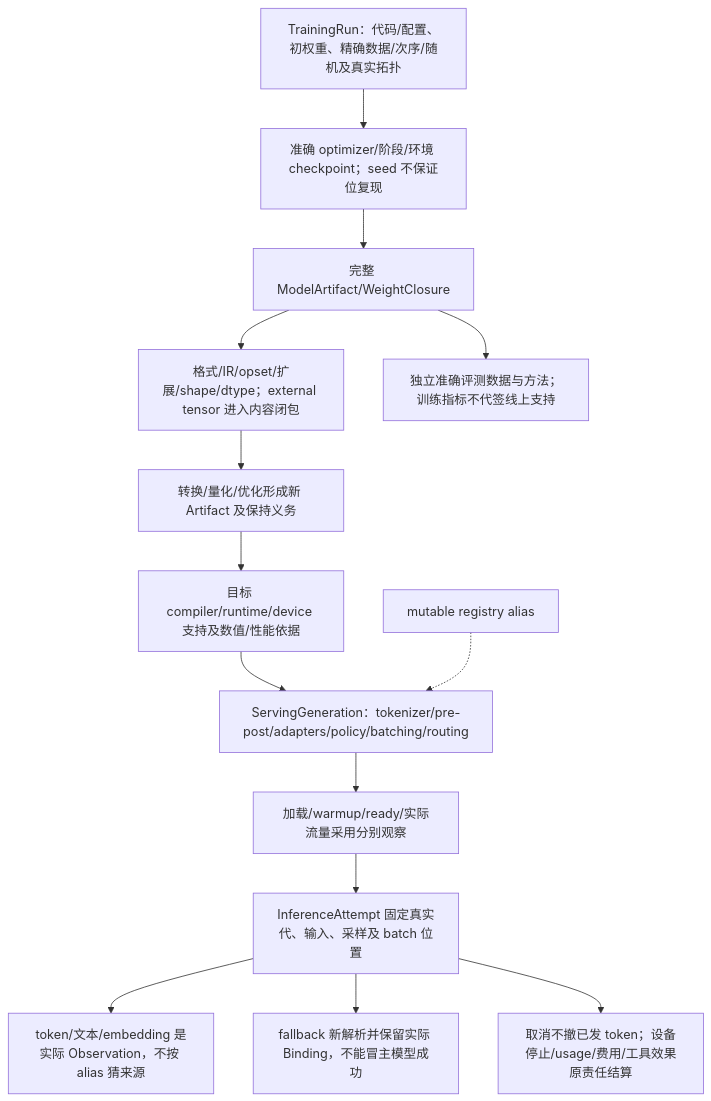
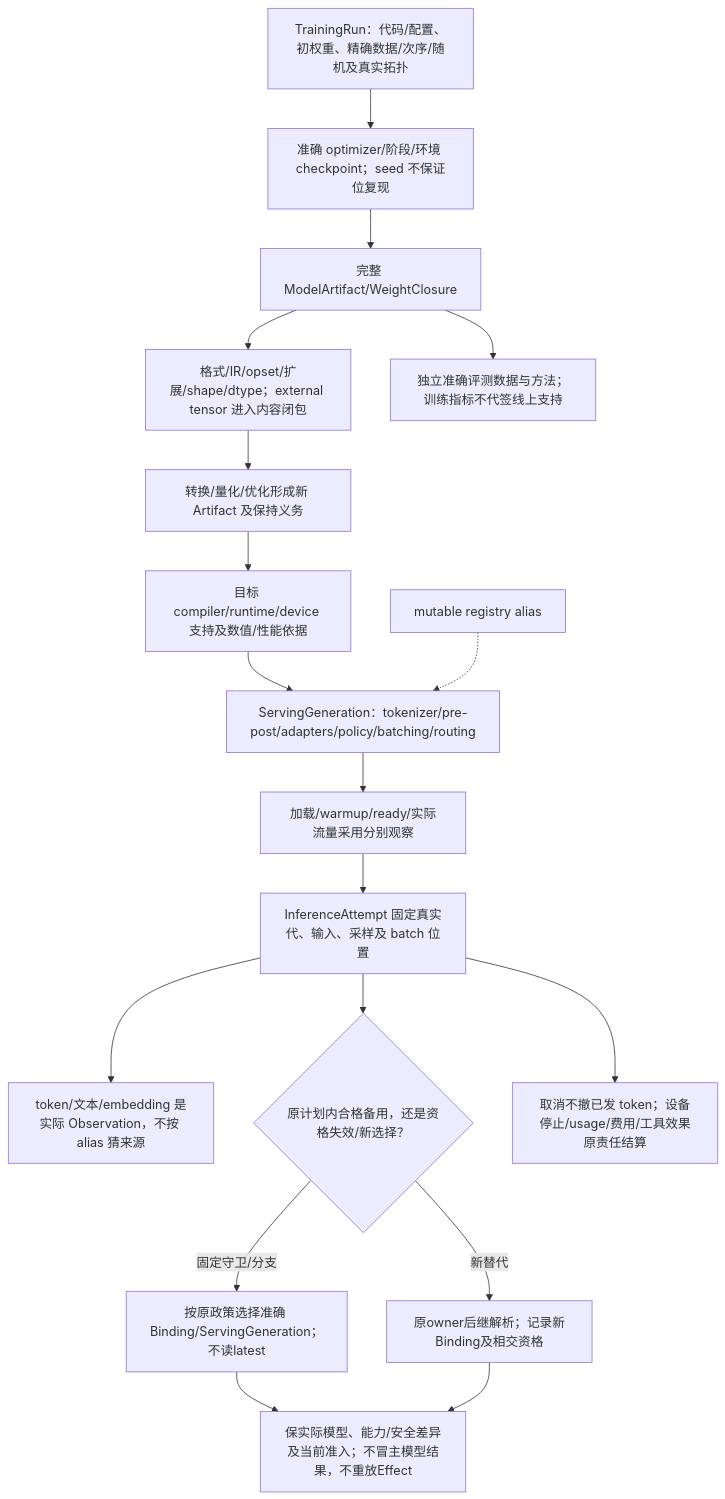
One commit to sec-platform/sec changed diagram 21 of 32 in docs/运行/宿主生态与技术约束.md. Above: the diagram before and after it, drawn with Mermaid. The commit also changed other lines of this file and 8 other files, not shown here.

````diff
--- a/docs/运行/宿主生态与技术约束.md
+++ b/docs/运行/宿主生态与技术约束.md
@@ -2181,16 +2184,20 @@
 ```mermaid
 flowchart TB
   train["TrainingRun：代码/配置、初权重、精确数据/次序/随机及真实拓扑"] --> checkpoint["准确 optimizer/阶段/环境 checkpoint；seed 不保证位复现"]
   checkpoint --> weight["完整 ModelArtifact/WeightClosure"]
   weight --> representation["格式/IR/opset/扩展/shape/dtype；external tensor 进入内容闭包"]
   representation --> convert["转换/量化/优化形成新 Artifact 及保持义务"]
   convert --> engine["目标 compiler/runtime/device 支持及数值/性能依据"]
   engine --> serving["ServingGeneration：tokenizer/pre-post/adapters/policy/batching/routing"]
   serving --> ready["加载/warmup/ready/实际流量采用分别观察"]
   ready --> inference["InferenceAttempt 固定真实代、输入、采样及 batch 位置"]
   inference --> output["token/文本/embedding 是实际 Observation，不按 alias 猜来源"]
-  inference --> fallback["fallback 新解析并保留实际 Binding，不能冒主模型成功"]
+  inference --> fallback{"原计划内合格备用，还是资格失效/新选择？"}
+  fallback -->|固定守卫/分支| fixed["按原政策选择准确 Binding/ServingGeneration；不读latest"]
+  fallback -->|新替代| resolve["原owner后继解析；记录新Binding及相交资格"]
+  fixed --> actual["保实际模型、能力/安全差异及当前准入；不冒主模型结果，不重放Effect"]
+  resolve --> actual
   inference --> cancel["取消不撤已发 token；设备停止/usage/费用/工具效果原责任结算"]
   weight --> evaluate["独立准确评测数据与方法；训练指标不代签线上支持"]
   alias["mutable registry alias"] -.-> serving
 ```
````
